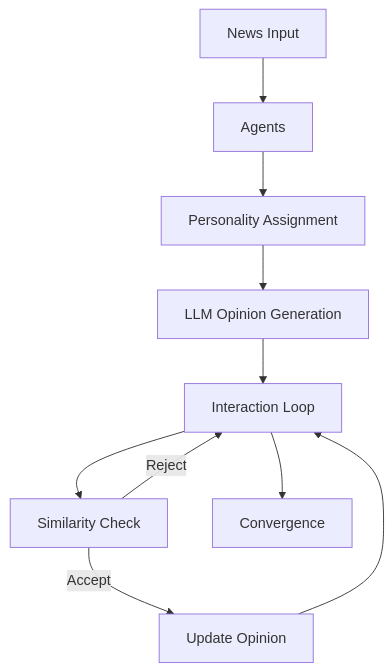
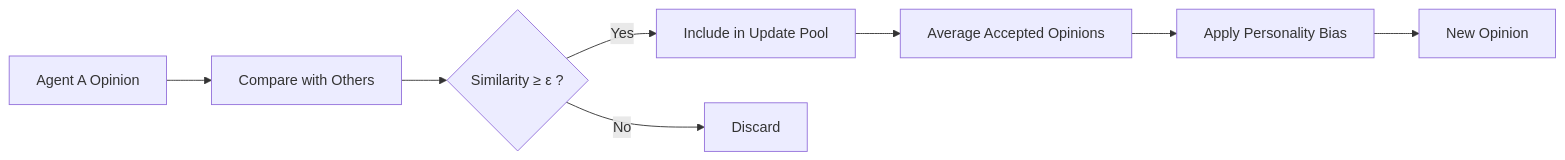
One commit to manamnathtiwari/opinion_dynamics changed the second of 3 diagrams in README.md. Above: the diagram before and after it, drawn with Mermaid. The commit also changed other lines of this file, not shown here.

````diff
--- a/README.md
+++ b/README.md
@@ -18,12 +70,13 @@
 ```mermaid
-flowchart TD
-    A[News Input] --> B[Agents]
-    B --> C[Personality Assignment]
-    C --> D[LLM Opinion Generation]
-    D --> E[Interaction Loop]
-    E --> F[Similarity Check]
-    F -->|Accept| G[Update Opinion]
-    F -->|Reject| E
-    G --> E
-    E --> H[Convergence]
+flowchart LR
+    A[Agent A Opinion] --> B[Compare with Others]
+    B --> C{Similarity ≥ ε ?}
+
+    C -->|Yes| D[Include in Update Pool]
+    C -->|No| E[Discard]
+
+    D --> F[Average Accepted Opinions]
+    F --> G[Apply Personality Bias]
+
+    G --> H[New Opinion]
 ```
````
